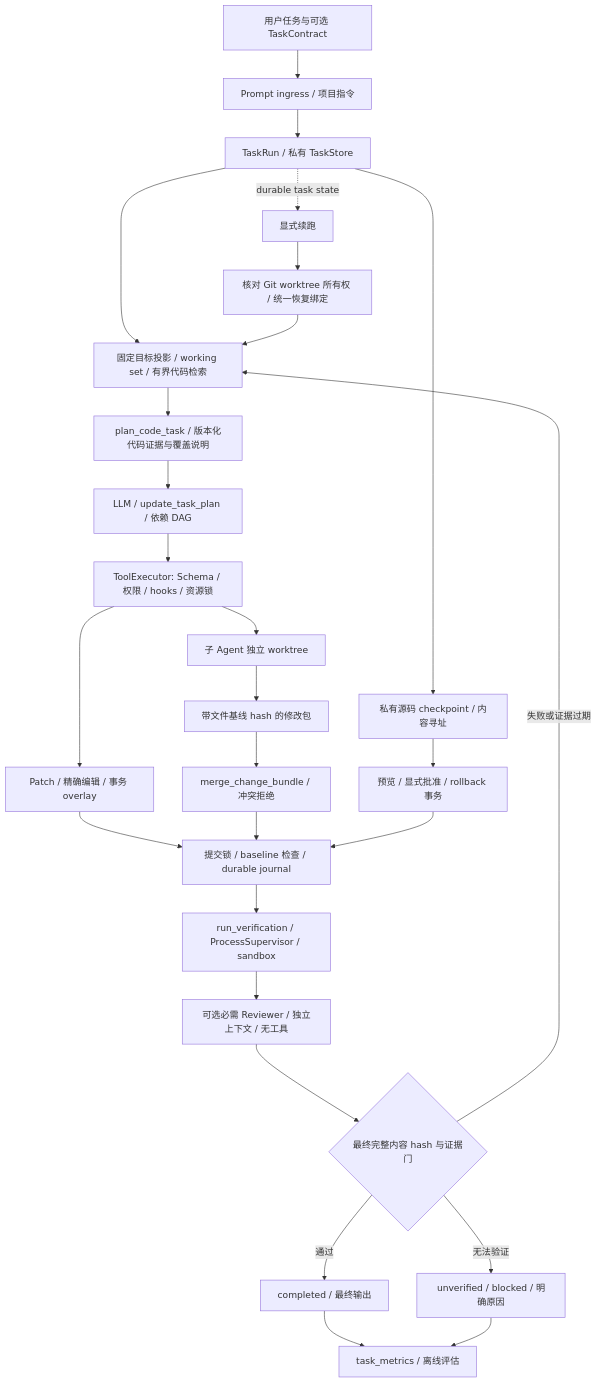
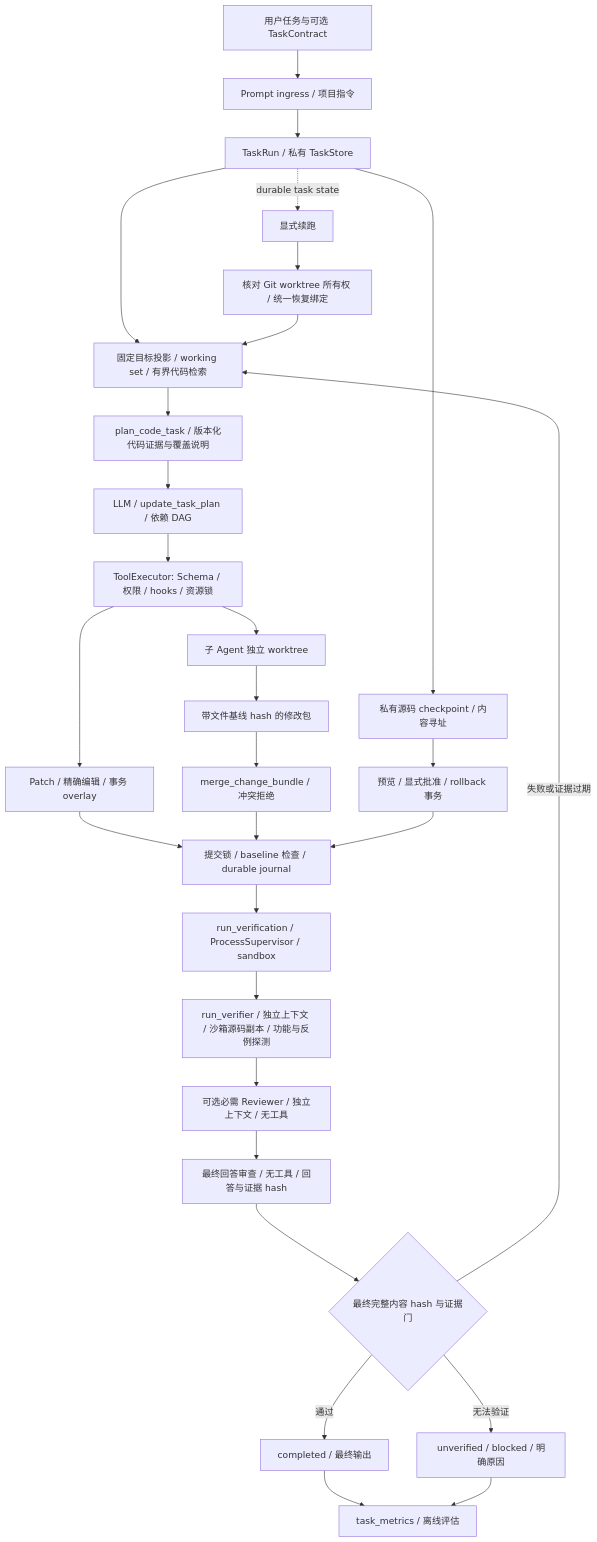
The diagram in docs/coding-agent-runtime.md (jony-del/AgentwithLLM), drawn with Mermaid before and after one commit. The commit also changed other lines of this file and 25 other files, not shown here.

````diff
--- a/docs/coding-agent-runtime.md
+++ b/docs/coding-agent-runtime.md
@@ -8,29 +8,31 @@
 ```mermaid
 flowchart TD
     U[用户任务与可选 TaskContract] --> I[Prompt ingress / 项目指令]
     I --> T[TaskRun / 私有 TaskStore]
     T --> C[固定目标投影 / working set / 有界代码检索]
     C --> SP[plan_code_task / 版本化代码证据与覆盖说明]
     SP --> L[LLM / update_task_plan / 依赖 DAG]
     L --> E[ToolExecutor: Schema / 权限 / hooks / 资源锁]
     E --> P[Patch / 精确编辑 / 事务 overlay]
     P --> J[提交锁 / baseline 检查 / durable journal]
     J --> V[run_verification / ProcessSupervisor / sandbox]
-    V --> RV[可选必需 Reviewer / 独立上下文 / 无工具]
-    RV --> R{最终完整内容 hash 与证据门}
+    V --> BV[run_verifier / 独立上下文 / 沙箱源码副本 / 功能与反例探测]
+    BV --> RV[可选必需 Reviewer / 独立上下文 / 无工具]
+    RV --> AR[最终回答审查 / 无工具 / 回答与证据 hash]
+    AR --> R{最终完整内容 hash 与证据门}
     R -->|失败或证据过期| C
     R -->|通过| F[completed / 最终输出]
     R -->|无法验证| B[unverified / blocked / 明确原因]
     E --> W[子 Agent 独立 worktree]
     W --> D[带文件基线 hash 的修改包]
     D --> M[merge_change_bundle / 冲突拒绝]
     M --> J
     T --> CP[私有源码 checkpoint / 内容寻址]
     CP --> RB[预览 / 显式批准 / rollback 事务]
     RB --> J
     T -. durable task state .-> S[显式续跑]
     S --> OB[核对 Git worktree 所有权 / 统一恢复绑定]
     OB --> C
     F --> EV[task_metrics / 离线评估]
     B --> EV
 ```
````
